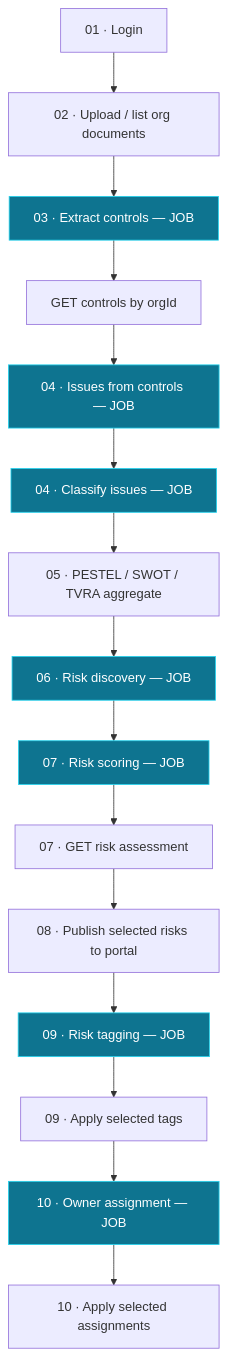
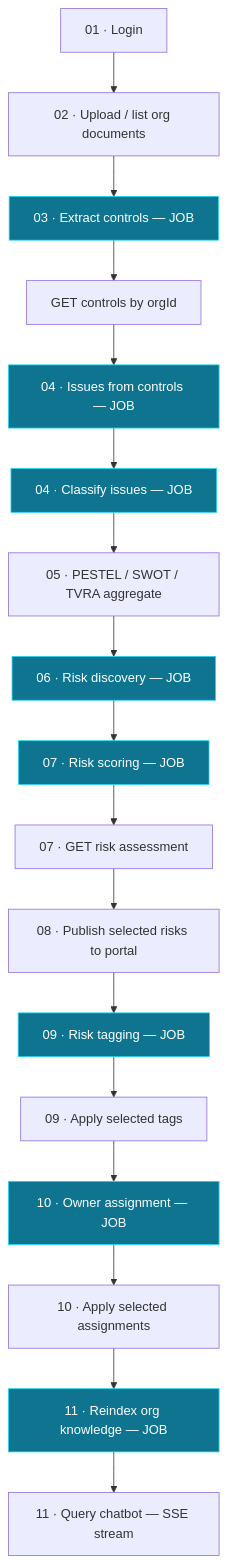
One commit to datahub-admin-cd/iso-robot changed the diagram in mint-docs/process/end-to-end-flow.mdx. Above: the diagram before and after it, drawn with Mermaid. The commit also changed other lines of this file and 33 other files, not shown here.

````diff
--- a/mint-docs/process/end-to-end-flow.mdx
+++ b/mint-docs/process/end-to-end-flow.mdx
@@ -18,20 +18,22 @@
 ```mermaid
 flowchart TD
     A[01 · Login] --> B[02 · Upload / list org documents]
     B --> C[03 · Extract controls — JOB]
     C --> D[GET controls by orgId]
     D --> E[04 · Issues from controls — JOB]
     E --> F[04 · Classify issues — JOB]
     F --> G[05 · PESTEL / SWOT / TVRA aggregate]
     G --> H[06 · Risk discovery — JOB]
     H --> I[07 · Risk scoring — JOB]
     I --> J[07 · GET risk assessment]
     J --> K[08 · Publish selected risks to portal]
     K --> L[09 · Risk tagging — JOB]
     L --> M[09 · Apply selected tags]
     M --> N[10 · Owner assignment — JOB]
     N --> O[10 · Apply selected assignments]
+    O --> P[11 · Reindex org knowledge — JOB]
+    P --> Q[11 · Query chatbot — SSE stream]
 
     classDef job fill:#0E7490,stroke:#22D3EE,color:#fff;
-    class C,E,F,H,I,L,N job;
+    class C,E,F,H,I,L,N,P job;
 ```
````
